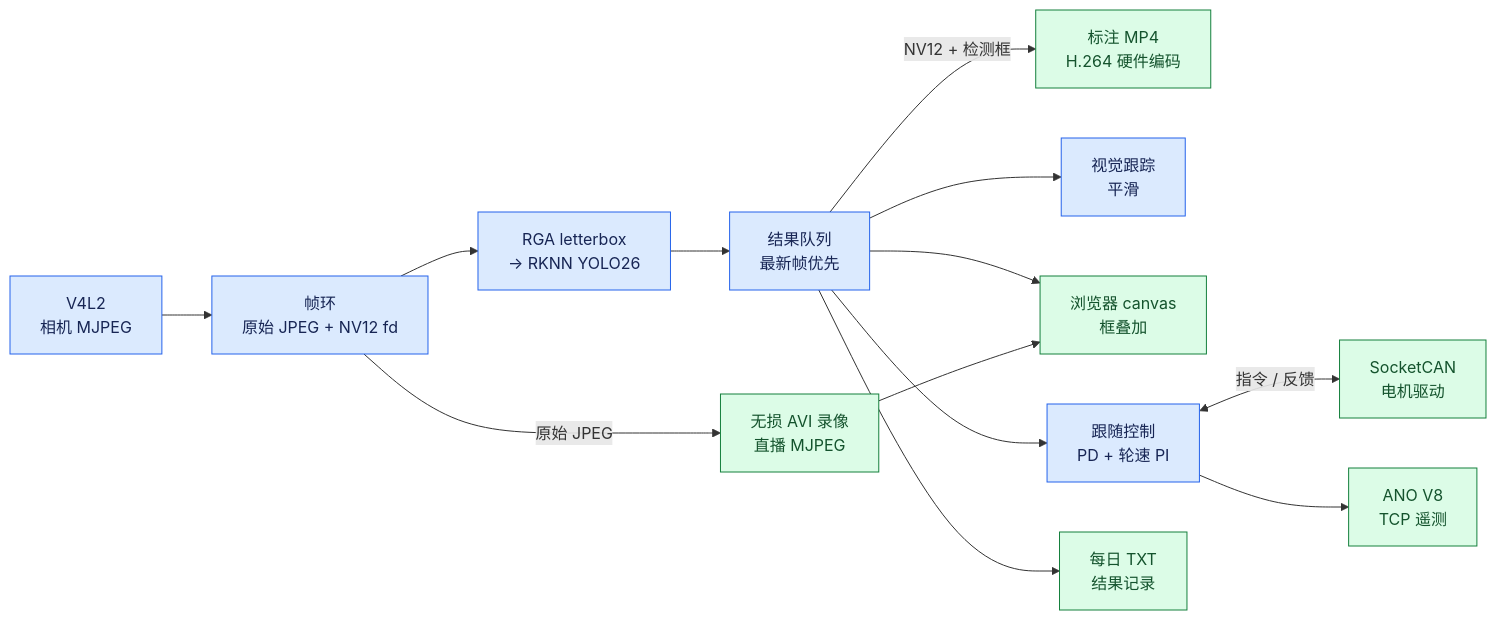
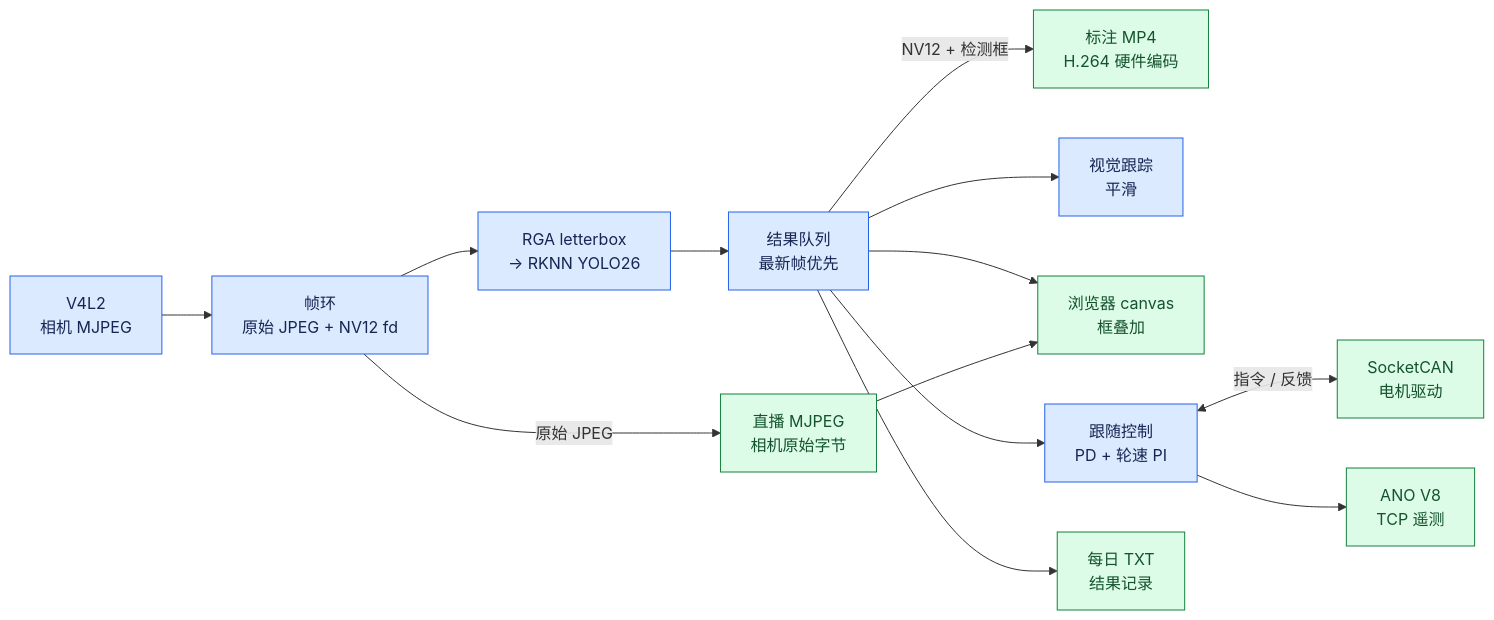
Before and after one commit to qianruo-orange/autonomous-driving-car: the first of 6 diagrams in README.md, drawn with Mermaid. The commit also changed other lines of this file, not shown here.

````diff
--- a/README.md
+++ b/README.md
@@ -57,19 +57,19 @@
 ```mermaid
 flowchart LR
     Camera["V4L2<br/>相机 MJPEG"] --> Ring["帧环<br/>原始 JPEG + NV12 fd"]
     Ring --> YOLO["RGA letterbox<br/>→ RKNN YOLO26"]
-    Ring -->|原始 JPEG| Video["无损 AVI 录像<br/>直播 MJPEG"]
+    Ring -->|原始 JPEG| Video["直播 MJPEG<br/>相机原始字节"]
     YOLO --> Results["结果队列<br/>最新帧优先"]
     Results -->|NV12 + 检测框| Annot["标注 MP4<br/>H.264 硬件编码"]
     Results --> Track["视觉跟踪<br/>平滑"]
     Results --> Overlay["浏览器 canvas<br/>框叠加"]
     Video --> Overlay
     Results --> Follow["跟随控制<br/>PD + 轮速 PI"]
     Follow <-->|指令 / 反馈| CAN["SocketCAN<br/>电机驱动"]
     Results --> Reports["每日 TXT<br/>结果记录"]
     Follow --> ANO["ANO V8<br/>TCP 遥测"]
     classDef process fill:#dbeafe,stroke:#2563eb,color:#172554
     classDef output fill:#dcfce7,stroke:#15803d,color:#14532d
     class Camera,Ring,YOLO,Results,Track,Follow process
     class Video,Annot,Overlay,CAN,Reports,ANO output
 ```
````
